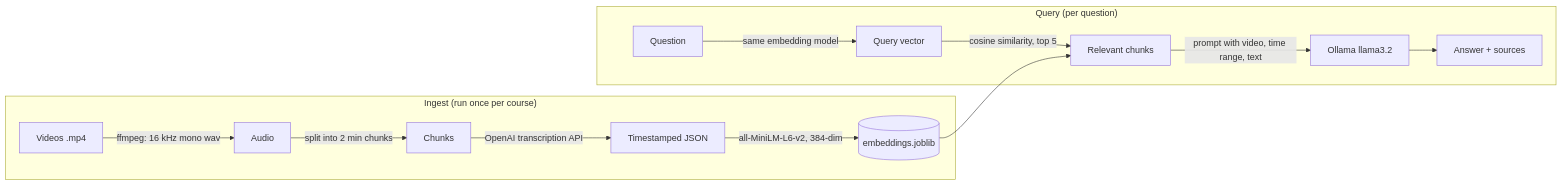
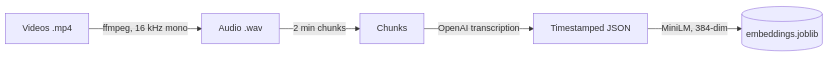
One commit to deepbendale231/RAG-BASED-Teaching-LLM changed the second of 2 diagrams in README.md. Above: the diagram before and after it, drawn with Mermaid. The commit also changed other lines of this file, not shown here.

Commit message:
README: simplify ingest diagram so it renders at readable size

````diff
--- a/README.md
+++ b/README.md
@@ -56,16 +58,7 @@
 ```mermaid
 flowchart LR
-    subgraph Ingest ["Ingest (run once per course)"]
-        V[Videos .mp4] -->|ffmpeg: 16 kHz mono wav| A[Audio]
-        A -->|split into 2 min chunks| C[Chunks]
-        C -->|OpenAI transcription API| J[Timestamped JSON]
-        J -->|all-MiniLM-L6-v2, 384-dim| E[(embeddings.joblib)]
-    end
-    subgraph Query ["Query (per question)"]
-        Q[Question] -->|same embedding model| QE[Query vector]
-        QE -->|cosine similarity, top 5| R[Relevant chunks]
-        E --> R
-        R -->|prompt with video, time range, text| L[Ollama llama3.2]
-        L --> ANS[Answer + sources]
-    end
+    V[Videos .mp4] -->|ffmpeg, 16 kHz mono| A[Audio .wav]
+    A -->|2 min chunks| C[Chunks]
+    C -->|OpenAI transcription| J[Timestamped JSON]
+    J -->|MiniLM, 384-dim| E[(embeddings.joblib)]
 ```
````
